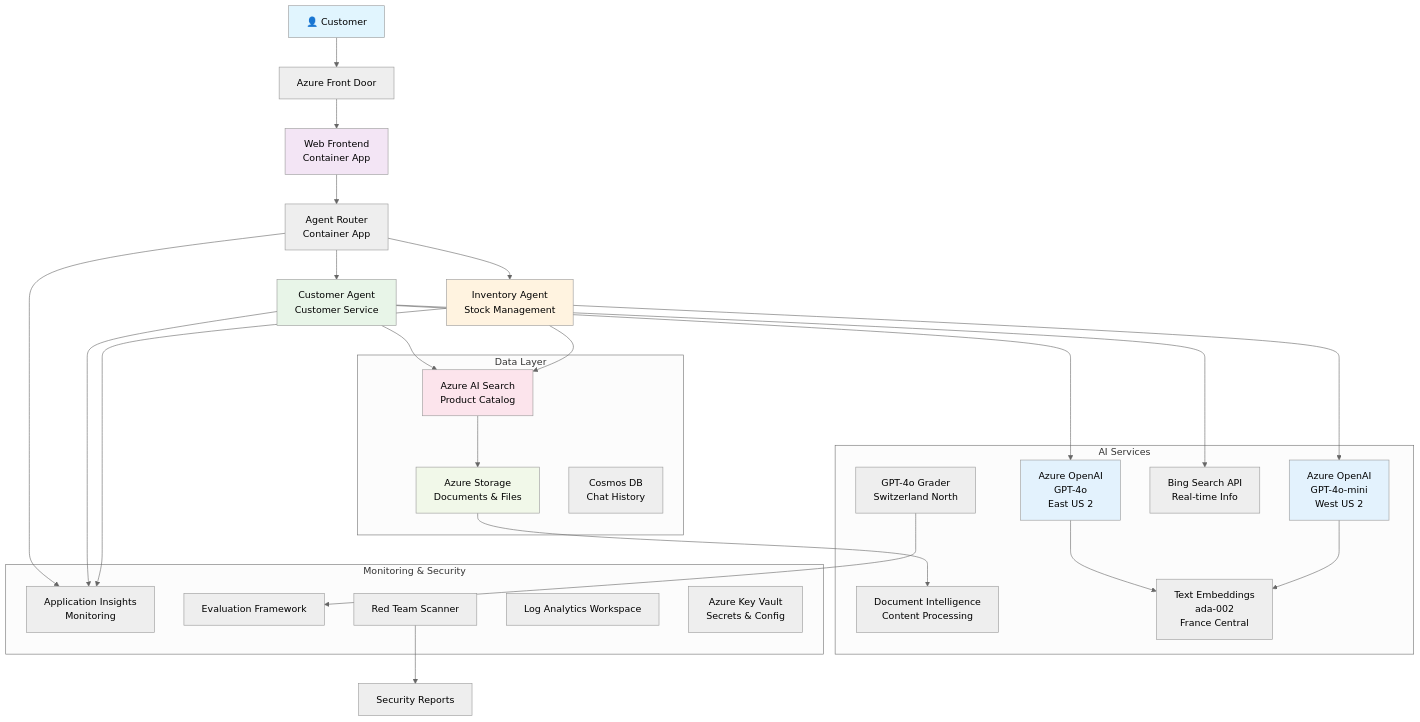
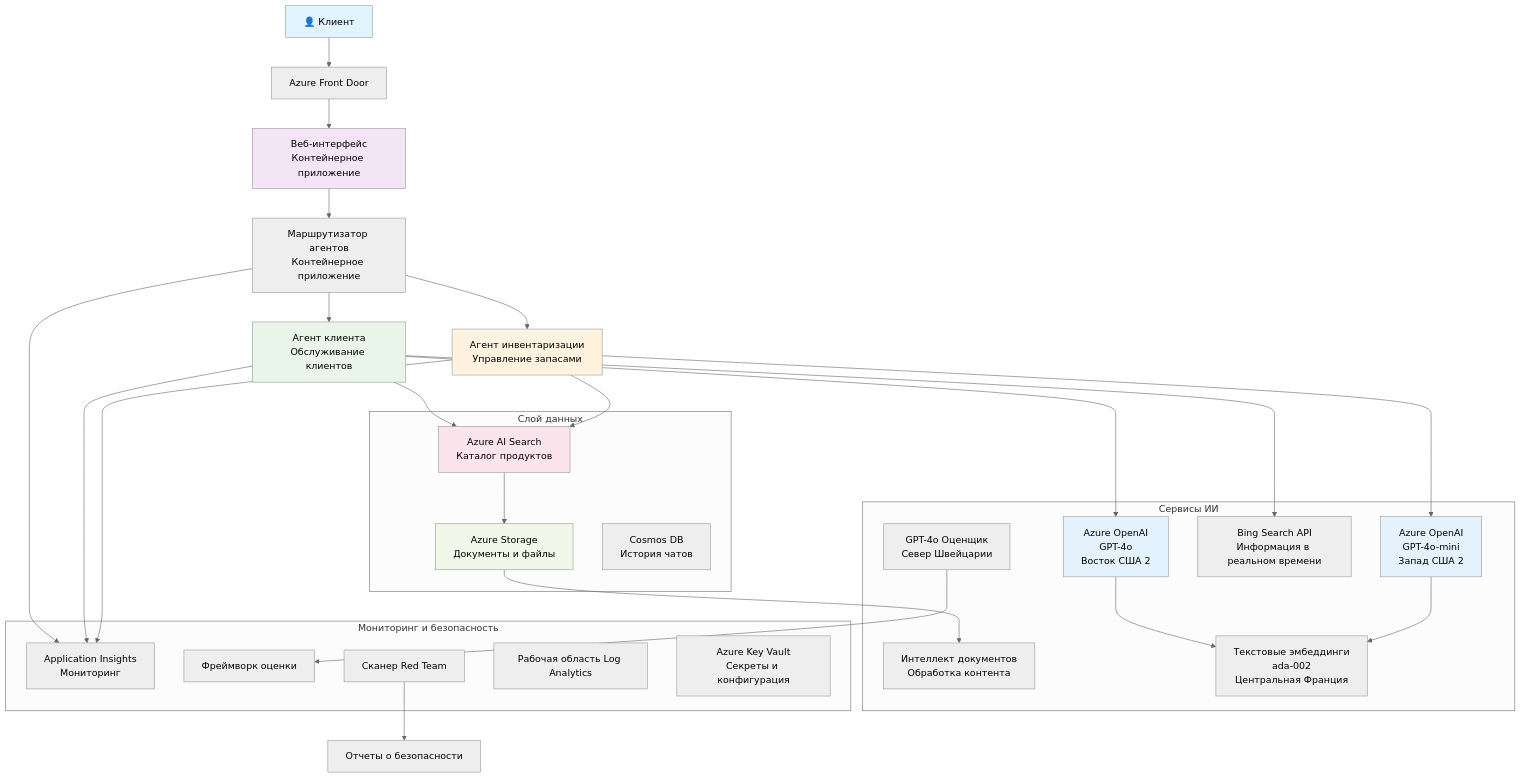
One commit to microsoft/AZD-for-beginners changed the diagram in translations/ru/examples/retail-scenario.md. Above: the diagram before and after it, drawn with Mermaid (neutral theme). The commit also changed other lines of this file and 130 other files, not shown here.

````diff
--- a/translations/ru/examples/retail-scenario.md
+++ b/translations/ru/examples/retail-scenario.md
@@ -36,61 +148,61 @@
 ```mermaid
 graph TB
-    User[👤 Customer] --> LB[Azure Front Door]
-    LB --> WebApp[Web Frontend<br/>Container App]
+    User[👤 Клиент] --> LB[Azure Front Door]
+    LB --> WebApp[Веб-интерфейс<br/>Контейнерное приложение]
     
-    WebApp --> Router[Agent Router<br/>Container App]
-    Router --> CustomerAgent[Customer Agent<br/>Customer Service]
-    Router --> InvAgent[Inventory Agent<br/>Stock Management]
+    WebApp --> Router[Маршрутизатор агентов<br/>Контейнерное приложение]
+    Router --> CustomerAgent[Агент клиента<br/>Обслуживание клиентов]
+    Router --> InvAgent[Агент инвентаризации<br/>Управление запасами]
     
-    CustomerAgent --> OpenAI1[Azure OpenAI<br/>GPT-4o<br/>East US 2]
-    InvAgent --> OpenAI2[Azure OpenAI<br/>GPT-4o-mini<br/>West US 2]
+    CustomerAgent --> OpenAI1[Azure OpenAI<br/>GPT-4o<br/>Восток США 2]
+    InvAgent --> OpenAI2[Azure OpenAI<br/>GPT-4o-mini<br/>Запад США 2]
     
-    CustomerAgent --> AISearch[Azure AI Search<br/>Product Catalog]
-    CustomerAgent --> BingSearch[Bing Search API<br/>Real-time Info]
+    CustomerAgent --> AISearch[Azure AI Search<br/>Каталог продуктов]
+    CustomerAgent --> BingSearch[Bing Search API<br/>Информация в реальном времени]
     InvAgent --> AISearch
     
-    AISearch --> Storage[Azure Storage<br/>Documents & Files]
-    Storage --> DocIntel[Document Intelligence<br/>Content Processing]
+    AISearch --> Storage[Azure Storage<br/>Документы и файлы]
+    Storage --> DocIntel[Интеллект документов<br/>Обработка контента]
     
-    OpenAI1 --> Embeddings[Text Embeddings<br/>ada-002<br/>France Central]
+    OpenAI1 --> Embeddings[Текстовые эмбеддинги<br/>ada-002<br/>Центральная Франция]
     OpenAI2 --> Embeddings
     
-    Router --> AppInsights[Application Insights<br/>Monitoring]
+    Router --> AppInsights[Application Insights<br/>Мониторинг]
     CustomerAgent --> AppInsights
     InvAgent --> AppInsights
     
-    GraderModel[GPT-4o Grader<br/>Switzerland North] --> Evaluation[Evaluation Framework]
-    RedTeam[Red Team Scanner] --> SecurityReports[Security Reports]
+    GraderModel[GPT-4o Оценщик<br/>Север Швейцарии] --> Evaluation[Фреймворк оценки]
+    RedTeam[Сканер Red Team] --> SecurityReports[Отчеты о безопасности]
     
-    subgraph "Data Layer"
+    subgraph "Слой данных"
         Storage
         AISearch
-        CosmosDB[Cosmos DB<br/>Chat History]
+        CosmosDB[Cosmos DB<br/>История чатов]
     end
     
-    subgraph "AI Services"
+    subgraph "Сервисы ИИ"
         OpenAI1
         OpenAI2
         Embeddings
         GraderModel
         DocIntel
         BingSearch
     end
     
-    subgraph "Monitoring & Security"
+    subgraph "Мониторинг и безопасность"
         AppInsights
-        LogAnalytics[Log Analytics Workspace]
-        KeyVault[Azure Key Vault<br/>Secrets & Config]
+        LogAnalytics[Рабочая область Log Analytics]
+        KeyVault[Azure Key Vault<br/>Секреты и конфигурация]
         RedTeam
         Evaluation
     end
     
     style User fill:#e1f5fe
     style WebApp fill:#f3e5f5
     style CustomerAgent fill:#e8f5e8
     style InvAgent fill:#fff3e0
     style OpenAI1 fill:#e3f2fd
     style OpenAI2 fill:#e3f2fd
     style AISearch fill:#fce4ec
     style Storage fill:#f1f8e9
 ```
````
